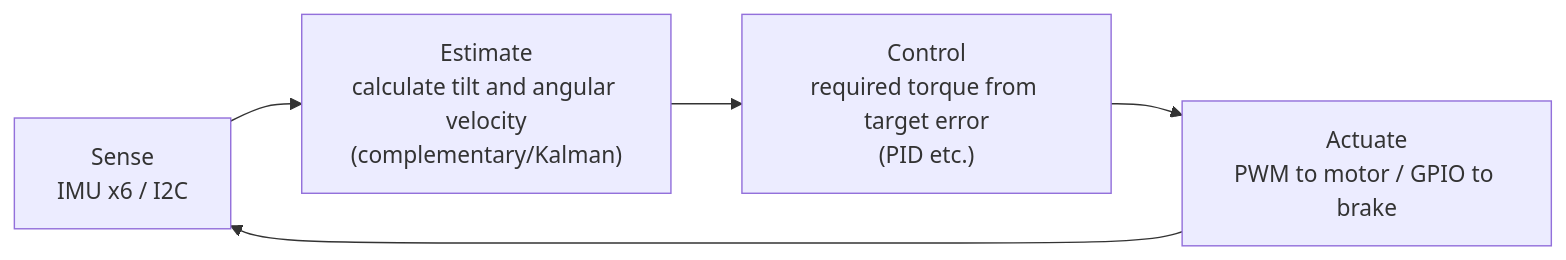
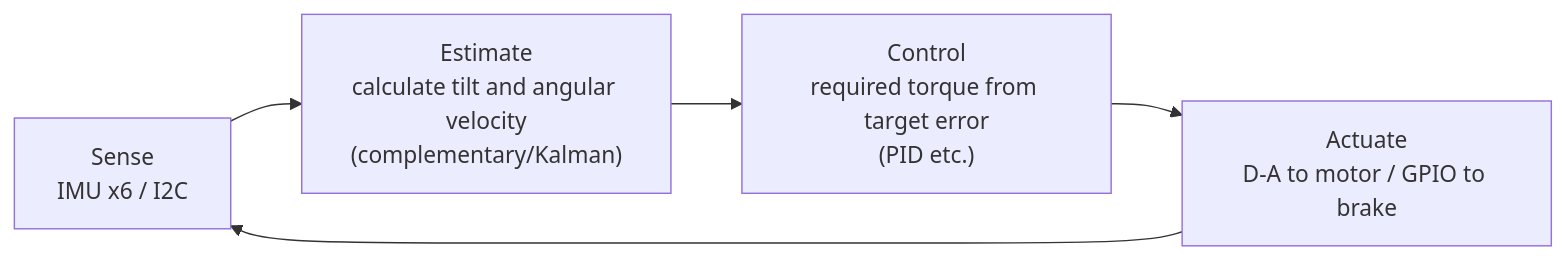
Before and after one commit to ktanino10/attitude-control-study: the second of 2 diagrams in en/reference/system-block.md, drawn with Mermaid. The commit also changed other lines of this file and 17 other files, not shown here.

First line of the commit message:
Correct hardware signal path and figure references to match the article

````diff
--- a/en/reference/system-block.md
+++ b/en/reference/system-block.md
@@ -93,7 +95,7 @@
 ```mermaid
 flowchart LR
     S["Sense<br/>IMU x6 / I2C"] --> E["Estimate<br/>calculate tilt and angular velocity<br/>(complementary/Kalman)"]
     E --> C["Control<br/>required torque from target error<br/>(PID etc.)"]
-    C --> A["Actuate<br/>PWM to motor / GPIO to brake"]
+    C --> A["Actuate<br/>D-A to motor / GPIO to brake"]
     A --> S
 ```
````
